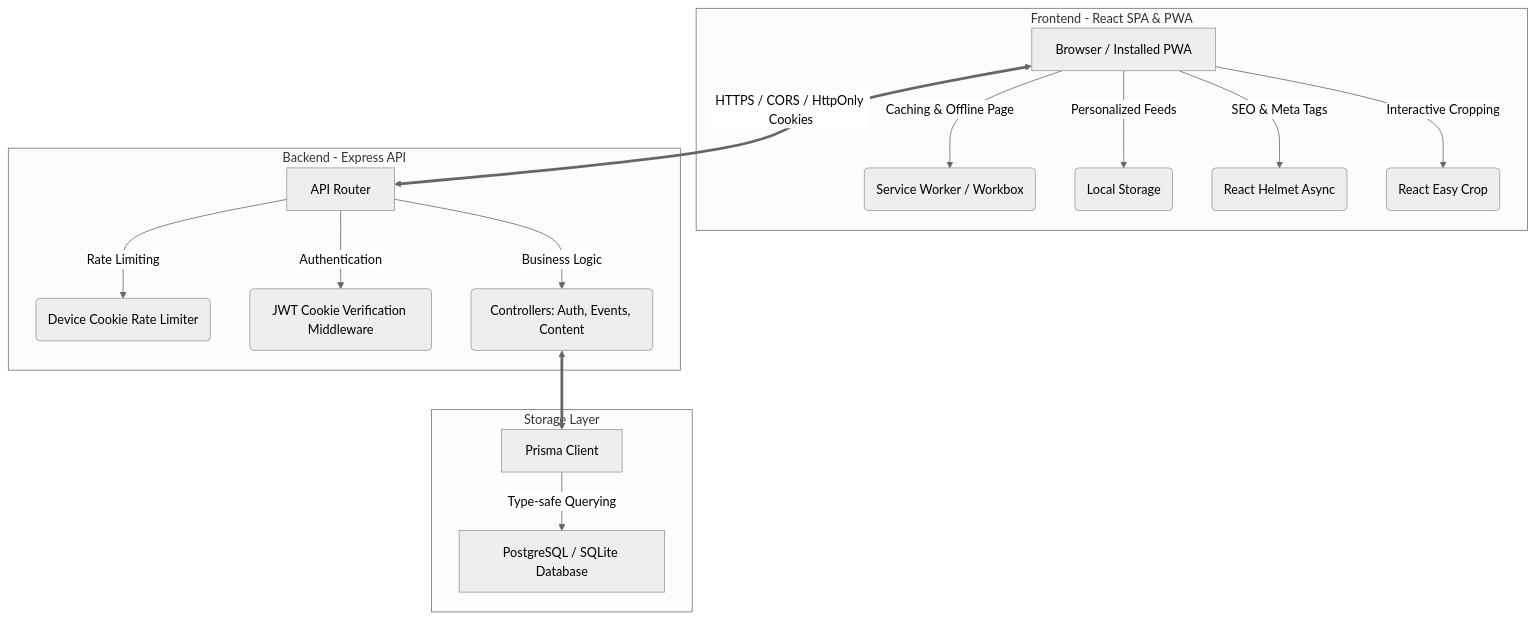
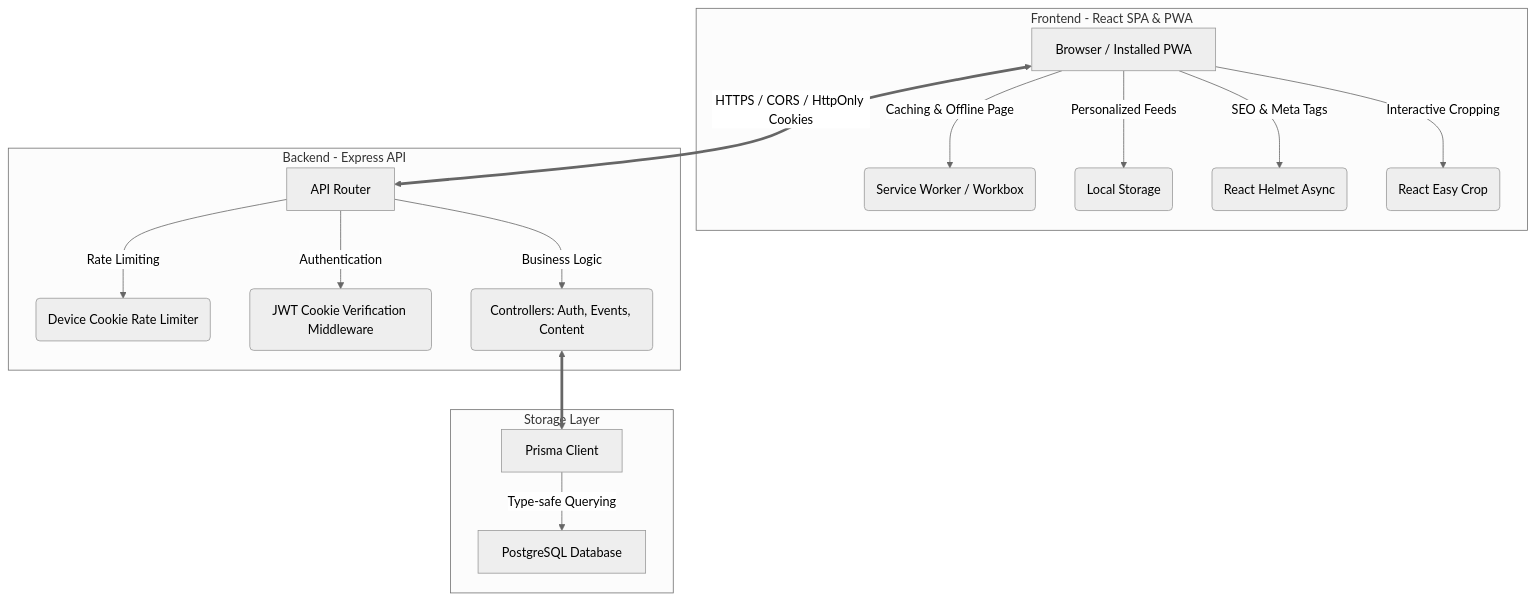
One commit to KushalGangarapu/BCSSCalendar changed the diagram in README.md. Above: the diagram before and after it, drawn with Mermaid (neutral theme). The commit also changed other lines of this file and 9 other files, not shown here.

````diff
--- a/README.md
+++ b/README.md
@@ -59,22 +59,22 @@
 ```mermaid
 graph TD
     subgraph Client [Frontend - React SPA & PWA]
         A[Browser / Installed PWA] -->|Caching & Offline Page| B(Service Worker / Workbox)
         A -->|Personalized Feeds| C(Local Storage)
         A -->|SEO & Meta Tags| D(React Helmet Async)
         A -->|Interactive Cropping| E(React Easy Crop)
     end
 
     subgraph Server [Backend - Express API]
         F[API Router] -->|Rate Limiting| G(Device Cookie Rate Limiter)
         F -->|Authentication| H(JWT Cookie Verification Middleware)
         F -->|Business Logic| I(Controllers: Auth, Events, Content)
     end
 
     subgraph Database [Storage Layer]
-        J[Prisma Client] -->|Type-safe Querying| K[PostgreSQL / SQLite Database]
+        J[Prisma Client] -->|Type-safe Querying| K[PostgreSQL Database]
     end
 
     A <==>|HTTPS / CORS / HttpOnly Cookies| F
     I <==> J
 ```
````
